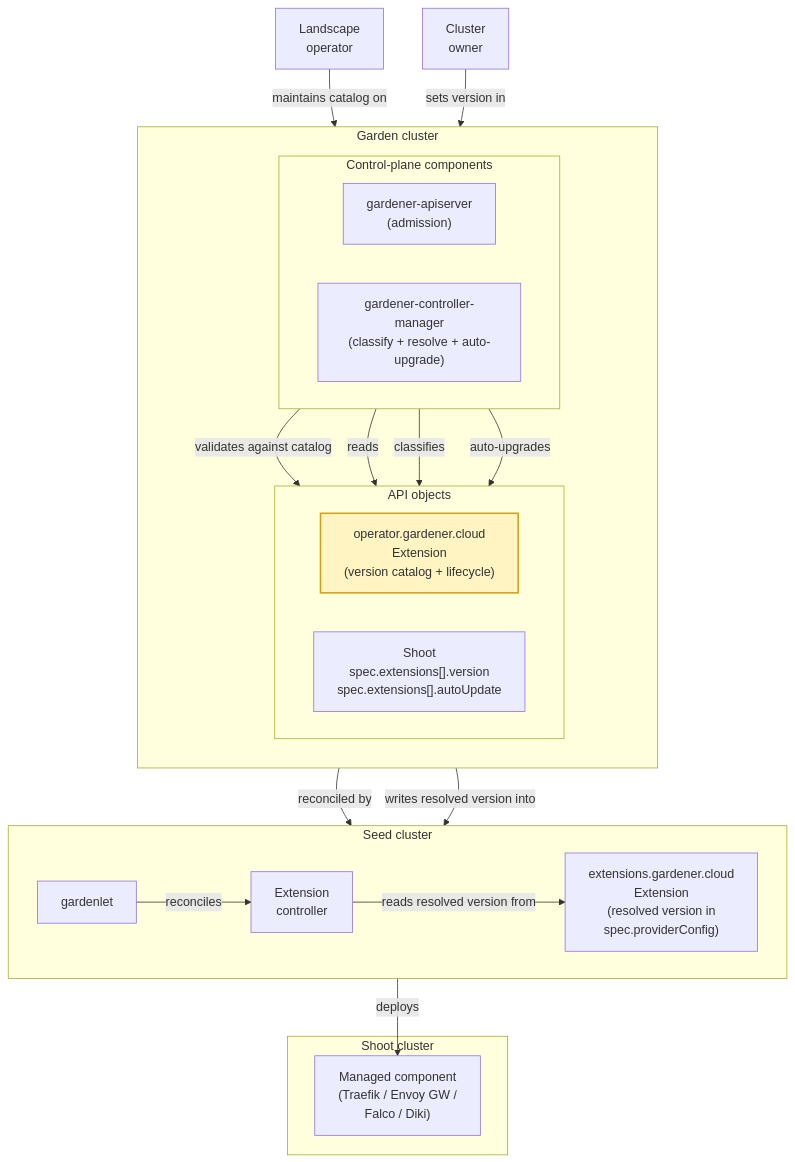
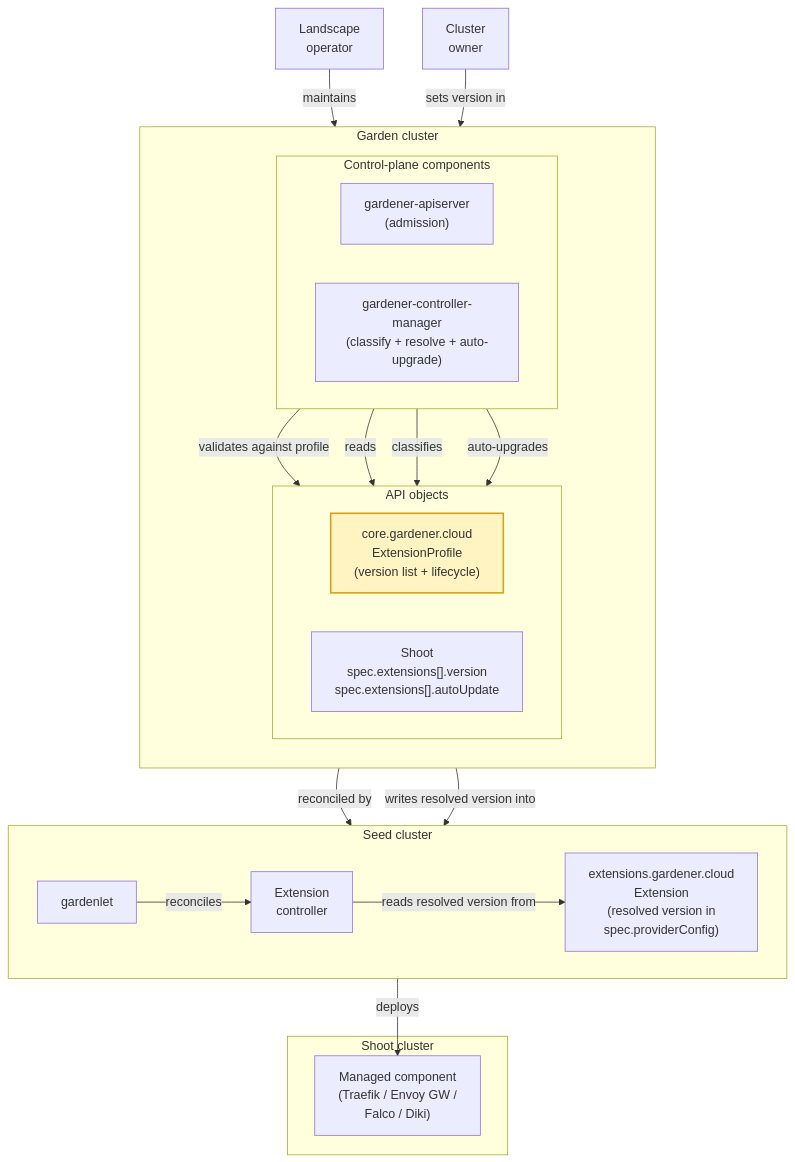
Before and after one commit to DockToFuture/enhancements: the diagram in geps/0078-extension-profile/actors.mmd, drawn with Mermaid. The commit also changed 4 other files, not shown here.

Commit message:
add extension profile

```diff
--- a/geps/0078-extension-profile/actors.mmd
+++ b/geps/0078-extension-profile/actors.mmd
@@ -1,56 +1,56 @@
 %%{init: {'theme': 'default', 'themeVariables': {'background': '#ffffff'}}}%%
 flowchart TB
   %% ── Row 1: Actors ─────────────────────────────────────────
   OP["Landscape<br/>operator"]
   OWN["Cluster<br/>owner"]
 
   %% ── Row 2: Garden cluster (API objects, then controllers) ─
   subgraph Garden["Garden cluster"]
     direction TB
     subgraph GardenAPIs["API objects"]
       direction LR
-      EXTOP["operator.gardener.cloud<br/>Extension<br/>(version catalog + lifecycle)"]
+      PROF["core.gardener.cloud<br/>ExtensionProfile<br/>(version list + lifecycle)"]
       SH["Shoot<br/>spec.extensions[].version<br/>spec.extensions[].autoUpdate"]
     end
     subgraph GardenCtrl["Control-plane components"]
       direction LR
       GAPI["gardener-apiserver<br/>(admission)"]
       GCM["gardener-controller-manager<br/>(classify + resolve + auto-upgrade)"]
     end
     GardenAPIs ~~~ GardenCtrl
   end
 
   %% ── Row 3: Seed cluster ───────────────────────────────────
   subgraph Seed["Seed cluster"]
     direction LR
     GL["gardenlet"]
     EXTSEED["extensions.gardener.cloud<br/>Extension<br/>(resolved version in<br/>spec.providerConfig)"]
     EXT["Extension<br/>controller"]
   end
 
   %% ── Row 4: Managed component ──────────────────────────────
   subgraph ShootCluster["Shoot cluster"]
     PAY["Managed component<br/>(Traefik / Envoy GW /<br/>Falco / Diki)"]
   end
 
   %% Actor → specific API object (not the whole garden box)
-  OP  -- maintains catalog on --> EXTOP
+  OP  -- maintains          --> PROF
   OWN -- sets version in       --> SH
 
   %% Admission & classification (arrows flow controllers → APIs
   %% so the layout engine ranks API objects above controllers)
-  GAPI -- validates against catalog --> SH
-  GAPI -- reads                      --> EXTOP
-  GCM  -- classifies                 --> EXTOP
+  GAPI -- validates against profile --> SH
+  GAPI -- reads                      --> PROF
+  GCM  -- classifies                 --> PROF
   GCM  -- auto-upgrades              --> SH
 
   %% Garden → seed → shoot deployment path
   SH   -- reconciled by                 --> GL
   GCM  -- writes resolved version into  --> EXTSEED
   GL   -- reconciles                    --> EXT
   EXT  -- reads resolved version from   --> EXTSEED
   EXT  -- deploys                       --> PAY
 
-  %% Highlight where the catalog lives
+  %% Highlight where the version list lives
   classDef newResource fill:#fff4c2,stroke:#d4a017,stroke-width:2px;
-  class EXTOP newResource;
+  class PROF newResource;
```
